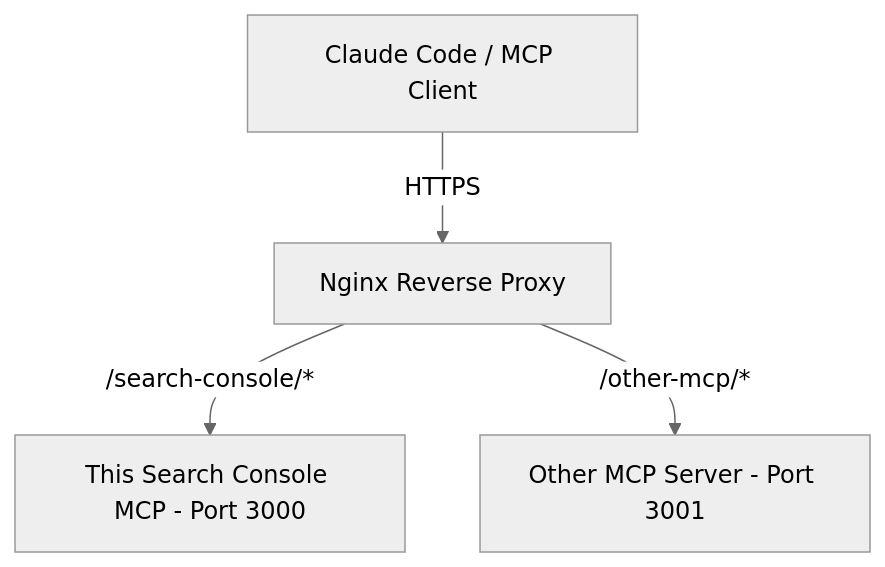
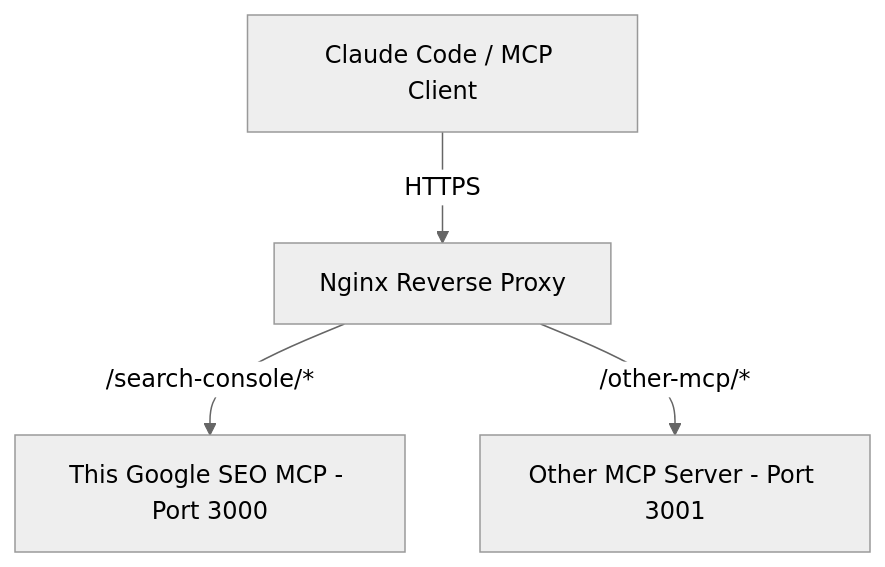
Before and after one commit to md-riaz/google-seo-mcp: the diagram in AGENTS.md, drawn with Mermaid (neutral theme). The commit also changed other lines of this file and 39 other files, not shown here.

Commit message:
chore: rename package and repository to google-seo-mcp

````diff
--- a/AGENTS.md
+++ b/AGENTS.md
@@ -7,6 +7,6 @@
 ```mermaid
 graph TD
     Client[Claude Code / MCP Client] -->|HTTPS| Nginx[Nginx Reverse Proxy]
-    Nginx -->|/search-console/*| Port3000[This Search Console MCP - Port 3000]
+    Nginx -->|/search-console/*| Port3000[This Google SEO MCP - Port 3000]
     Nginx -->|/other-mcp/*| Port3001[Other MCP Server - Port 3001]
 ```
````
